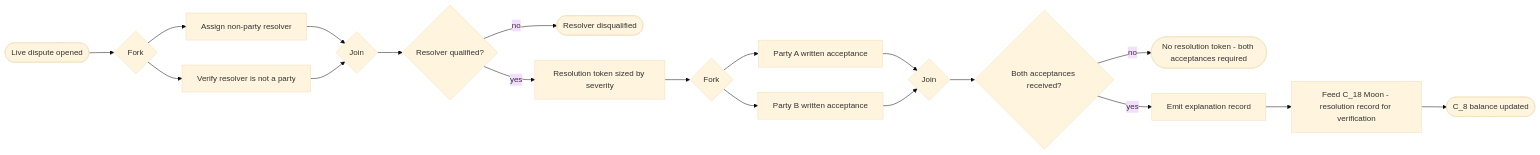
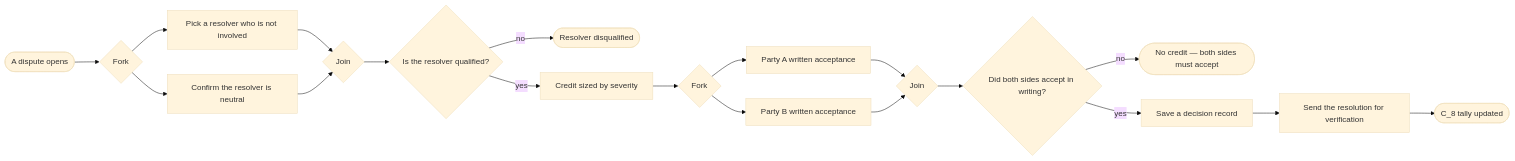
Before and after one commit to vijayee/resonantdao-example: diagram 11 of 24 in docs/contribution-economy/README.md, drawn with Mermaid (base theme). The commit also changed other lines of this file, not shown here.

````diff
--- a/docs/contribution-economy/README.md
+++ b/docs/contribution-economy/README.md
@@ -203,18 +200,18 @@
 ```mermaid
 flowchart LR
-  S([Live dispute opened]) --> F1{Fork}
-  F1 --> A[Assign non-party resolver]
-  F1 --> NV[Verify resolver is not a party]
+  S([A dispute opens]) --> F1{Fork}
+  F1 --> A[Pick a resolver who is not involved]
+  F1 --> NV[Confirm the resolver is neutral]
   A --> F2{Join}
   NV --> F2
-  F2 --> G1{Resolver qualified?}
+  F2 --> G1{Is the resolver qualified?}
   G1 -->|no| E1([Resolver disqualified])
-  G1 -->|yes| T[Resolution token sized by severity] --> F3{Fork}
+  G1 -->|yes| T[Credit sized by severity] --> F3{Fork}
   F3 --> PA[Party A written acceptance]
   F3 --> PB[Party B written acceptance]
   PA --> F4{Join}
   PB --> F4
-  F4 --> G2{Both acceptances received?}
-  G2 -->|no| E2([No resolution token - both acceptances required])
-  G2 -->|yes| RC[Emit explanation record] --> F18[Feed C_18 Moon - resolution record for verification] --> E3([C_8 balance updated])
+  F4 --> G2{Did both sides accept in writing?}
+  G2 -->|no| E2([No credit — both sides must accept])
+  G2 -->|yes| RC[Save a decision record] --> F18[Send the resolution for verification] --> E3([C_8 tally updated])
 ```
````
